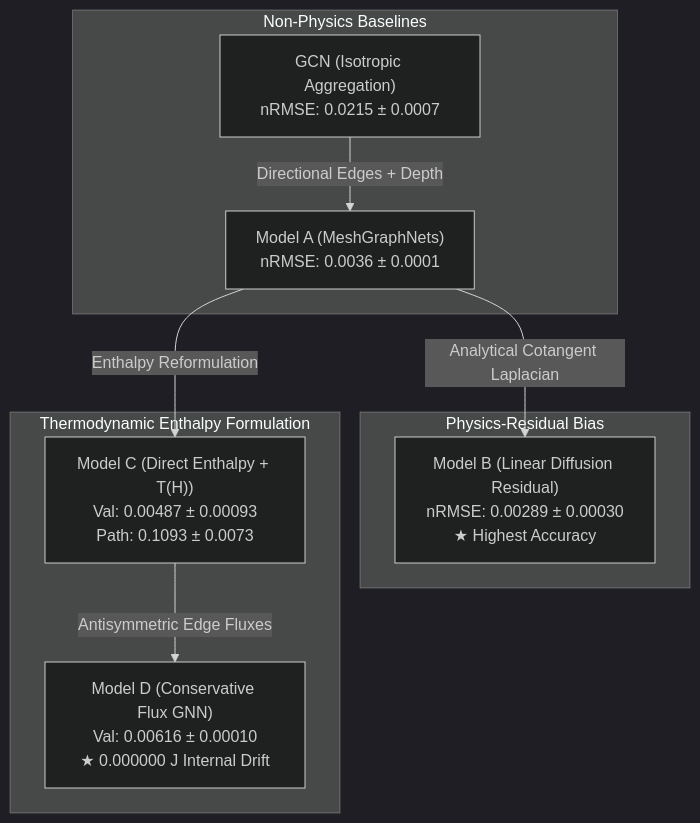
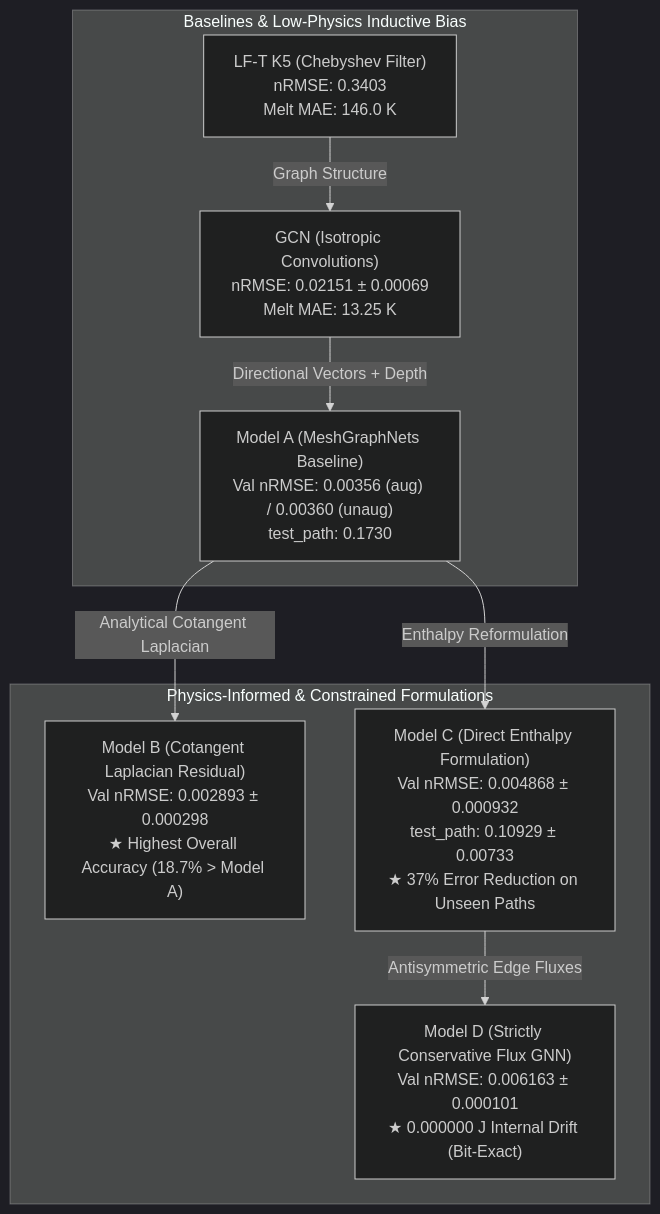
One commit to lucdop01/graph-machine-learning-project changed the diagram in docs/PRELIMINARY_RESEARCH_REPORT.md. Above: the diagram before and after it, drawn with Mermaid (dark theme). The commit also changed other lines of this file, not shown here.

Commit message:
Update comprehensive preliminary research report with latest multi-model evidence

````diff
--- a/docs/PRELIMINARY_RESEARCH_REPORT.md
+++ b/docs/PRELIMINARY_RESEARCH_REPORT.md
@@ -17,21 +23,20 @@
 ```mermaid
 graph TD
-    subgraph NonPhysics ["Non-Physics Baselines"]
-        GCN["GCN (Isotropic Aggregation)<br/>nRMSE: 0.0215 ± 0.0007"]
-        ModelA["Model A (MeshGraphNets)<br/>nRMSE: 0.0036 ± 0.0001"]
+    subgraph Baselines ["Baselines & Low-Physics Inductive Bias"]
+        LFT["LF-T K5 (Chebyshev Filter)<br/>nRMSE: 0.3403<br/>Melt MAE: 146.0 K"]
+        GCN["GCN (Isotropic Convolutions)<br/>nRMSE: 0.02151 ± 0.00069<br/>Melt MAE: 13.25 K"]
+        ModelA["Model A (MeshGraphNets Baseline)<br/>Val nRMSE: 0.00356 (aug) / 0.00360 (unaug)<br/>test_path: 0.1730"]
     end
     
-    subgraph PhysicsResidual ["Physics-Residual Bias"]
-        ModelB["Model B (Linear Diffusion Residual)<br/>nRMSE: 0.00289 ± 0.00030<br/>★ Highest Accuracy"]
-    end
-    
-    subgraph EnthalpyFormulation ["Thermodynamic Enthalpy Formulation"]
-        ModelC["Model C (Direct Enthalpy + T(H))<br/>Val: 0.00487 ± 0.00093<br/>Path: 0.1093 ± 0.0073"]
-        ModelD["Model D (Conservative Flux GNN)<br/>Val: 0.00616 ± 0.00010<br/>★ 0.000000 J Internal Drift"]
+    subgraph PhysicsInformed ["Physics-Informed & Constrained Formulations"]
+        ModelB["Model B (Cotangent Laplacian Residual)<br/>Val nRMSE: 0.002893 ± 0.000298<br/>★ Highest Overall Accuracy (18.7% > Model A)"]
+        ModelC["Model C (Direct Enthalpy Formulation)<br/>Val nRMSE: 0.004868 ± 0.000932<br/>test_path: 0.10929 ± 0.00733<br/>★ 37% Error Reduction on Unseen Paths"]
+        ModelD["Model D (Strictly Conservative Flux GNN)<br/>Val nRMSE: 0.006163 ± 0.000101<br/>★ 0.000000 J Internal Drift (Bit-Exact)"]
     end
 
-    GCN -->|Directional Edges + Depth| ModelA
+    LFT -->|Graph Structure| GCN
+    GCN -->|Directional Vectors + Depth| ModelA
     ModelA -->|Analytical Cotangent Laplacian| ModelB
     ModelA -->|Enthalpy Reformulation| ModelC
     ModelC -->|Antisymmetric Edge Fluxes| ModelD
 ```
````
